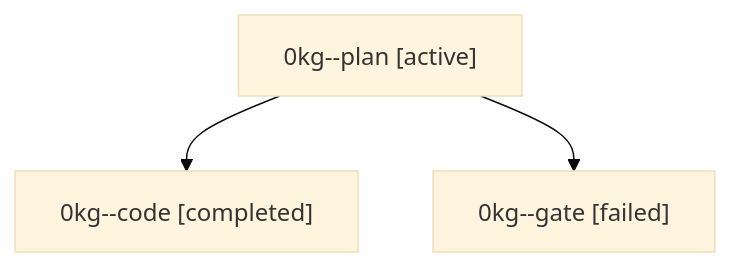
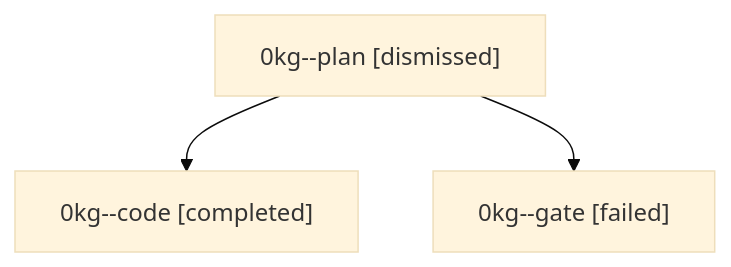
Before and after one commit to sase-org/sase--agents: the diagram in sessions/bbugyi200.athena.0kg.md, drawn with Mermaid (base theme). The commit also changed other lines of this file and 30 other files, not shown here.

````diff
--- a/sessions/bbugyi200.athena.0kg.md
+++ b/sessions/bbugyi200.athena.0kg.md
@@ -9,8 +9,8 @@
 ```mermaid
 flowchart TD
-  n0["0kg--plan [active]"]
+  n0["0kg--plan [dismissed]"]
   n1["0kg--code [completed]"]
   n0 --> n1
   n2["0kg--gate [failed]"]
   n0 --> n2
 ```
````
